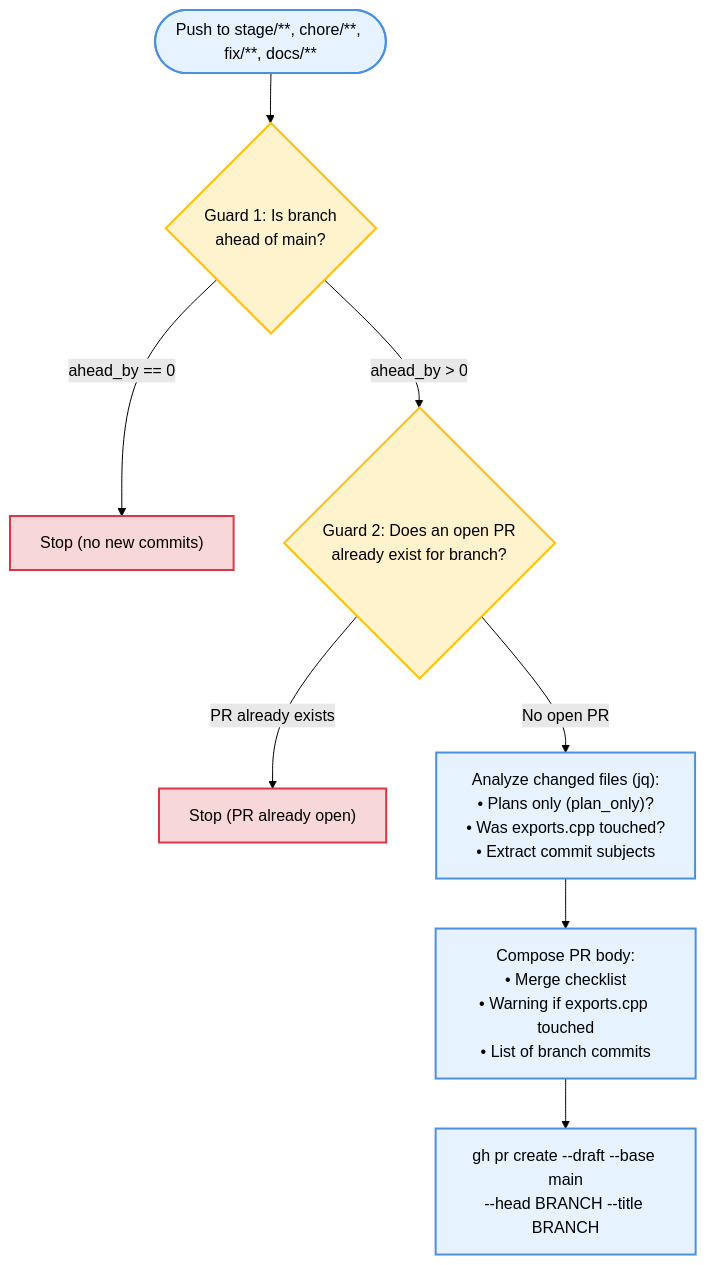
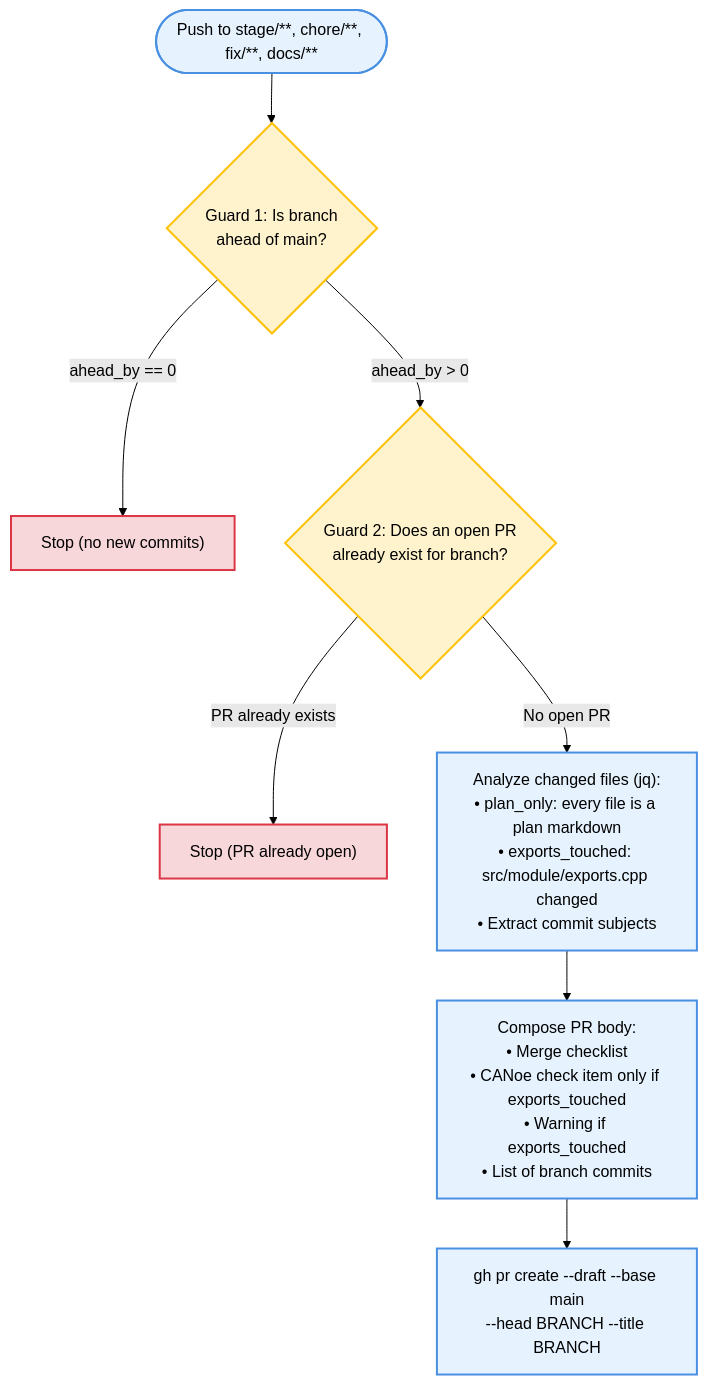
One commit to can-tools/restifycapl changed the second of 4 diagrams in docs/ci-flow.md. Above: the diagram before and after it, drawn with Mermaid (forest theme). The commit also changed other lines of this file and 5 other files, not shown here.

Commit message:
docs/ci-flow-target-state (#26)

````diff
--- a/docs/ci-flow.md
+++ b/docs/ci-flow.md
@@ -92,18 +107,18 @@
 ```mermaid
 flowchart TD
     classDef bot fill:#e6f3ff,stroke:#4a90e2,stroke-width:2px;
     classDef decision fill:#fff3cd,stroke:#ffc107,stroke-width:2px;
     classDef exit fill:#f8d7da,stroke:#dc3545,stroke-width:2px;
 
     START(["Push to stage/**, chore/**, fix/**, docs/**"]):::bot --> G1{"Guard 1: Is branch<br/>ahead of main?"}:::decision
-    
+
     G1 -->|ahead_by == 0| STOP1["Stop (no new commits)"]:::exit
-    G1 -->|ahead_by &gt; 0| G2{"Guard 2: Does an open PR<br/>already exist for branch?"}:::decision
-    
+    G1 -->|"ahead_by > 0"| G2{"Guard 2: Does an open PR<br/>already exist for branch?"}:::decision
+
     G2 -->|PR already exists| STOP2["Stop (PR already open)"]:::exit
-    G2 -->|No open PR| COMPOSE["Analyze changed files (jq):<br/>• Plans only (plan_only)?<br/>• Was exports.cpp touched?<br/>• Extract commit subjects"]:::bot
-    
-    COMPOSE --> TEMPLATE["Compose PR body:<br/>• Merge checklist<br/>• Warning if exports.cpp touched<br/>• List of branch commits"]:::bot
-    
+    G2 -->|No open PR| COMPOSE["Analyze changed files (jq):<br/>• plan_only: every file is a plan markdown<br/>• exports_touched: src/module/exports.cpp changed<br/>• Extract commit subjects"]:::bot
+
+    COMPOSE --> TEMPLATE["Compose PR body:<br/>• Merge checklist<br/>• CANoe check item only if exports_touched<br/>• Warning if exports_touched<br/>• List of branch commits"]:::bot
+
     TEMPLATE --> CREATE["gh pr create --draft --base main<br/>--head BRANCH --title BRANCH"]:::bot
 ```
````
